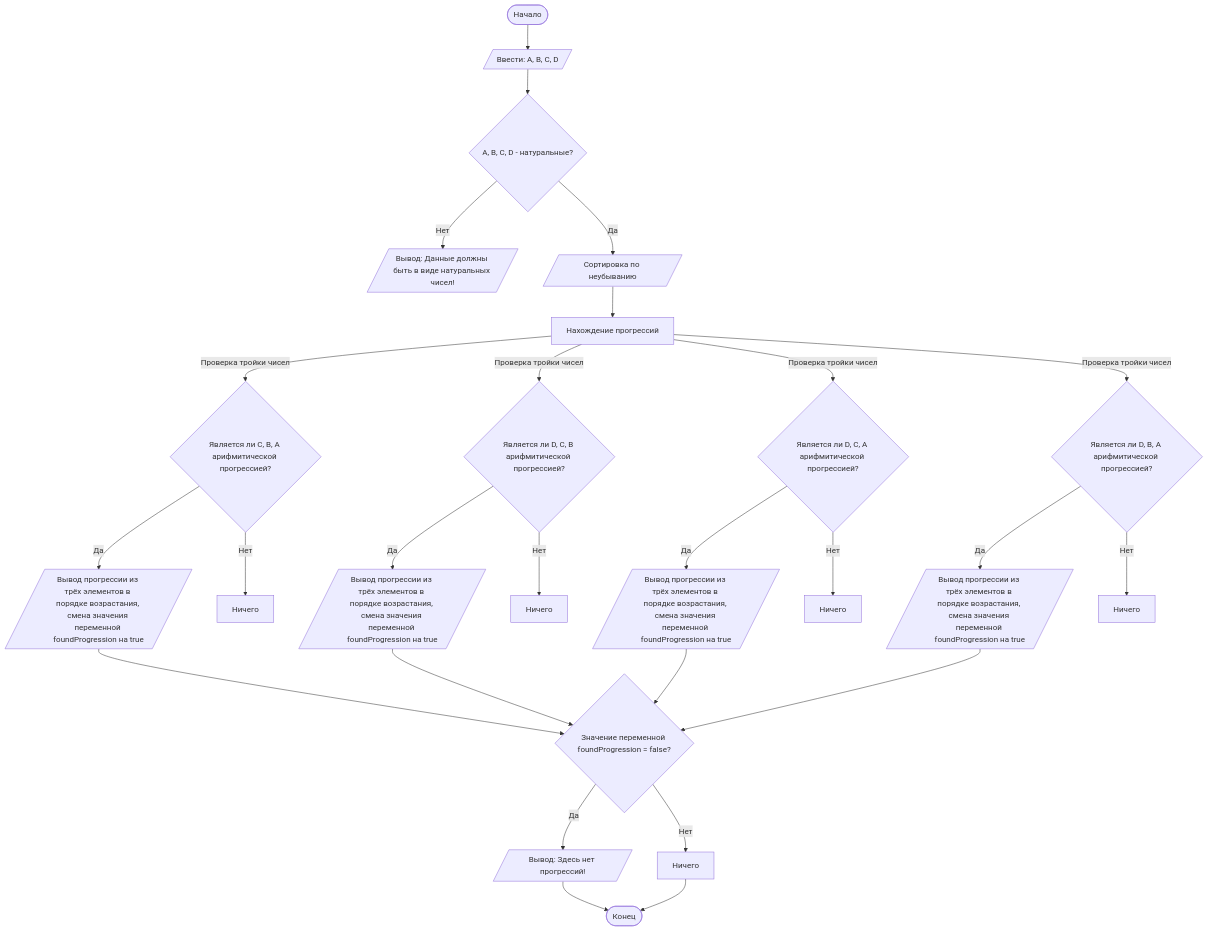
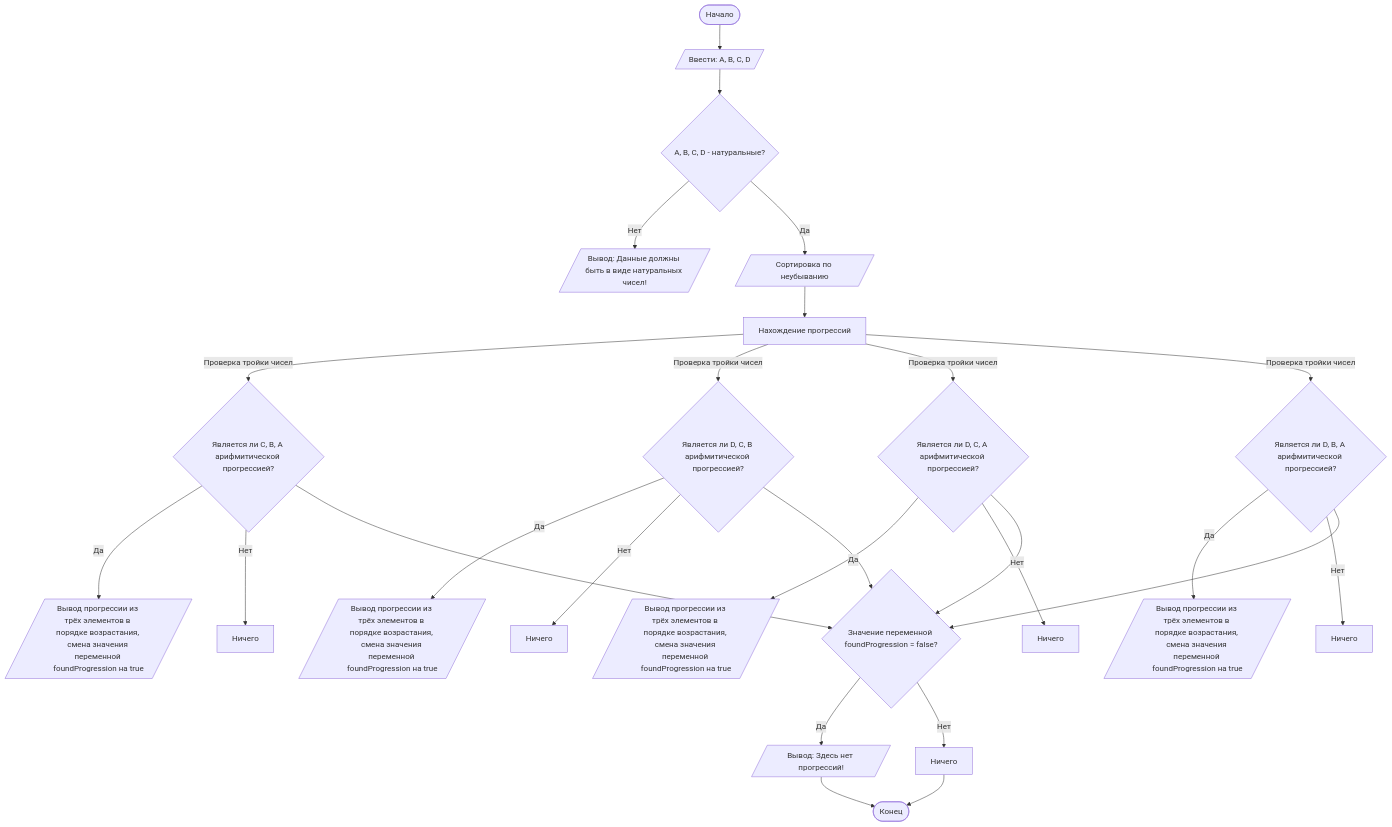
Before and after one commit to Matvey-Kh/Lab1: the diagram in README.md, drawn with Mermaid. The commit also changed other lines of this file, not shown here.

````diff
--- a/README.md
+++ b/README.md
@@ -97,27 +97,27 @@
 ```mermaid
 graph TD
     A([Начало]) --> B[/Ввести: A, B, C, D/]
     B --> C{A, B, C, D - натуральные?}
     C -- Нет --> D[/Вывод: Данные должны быть в виде натуральных чисел!/]
     C -- Да --> X[/Сортировка по неубыванию/]
     X --> L[Нахождение прогрессий]
     L -- Проверка тройки чисел --> H{Является ли C, B, A арифмитической прогрессией?}
     L -- Проверка тройки чисел --> I{Является ли D, C, B арифмитической прогрессией?}
     L -- Проверка тройки чисел --> J{Является ли D, C, A арифмитической прогрессией?}
     L -- Проверка тройки чисел --> K{Является ли D, B, A арифмитической прогрессией?}
     H -- Да --> M1[/Вывод прогрессии из трёх элементов в порядке возрастания, смена значения переменной foundProgression на true/]
     H -- Нет --> M2[Ничего]
     I -- Да --> M3[/Вывод прогрессии из трёх элементов в порядке возрастания, смена значения переменной foundProgression на true/]
     I -- Нет --> M4[Ничего]
     J -- Да --> M5[/Вывод прогрессии из трёх элементов в порядке возрастания, смена значения переменной foundProgression на true/]
     J -- Нет --> M6[Ничего]
     K -- Да --> M7[/Вывод прогрессии из трёх элементов в порядке возрастания, смена значения переменной foundProgression на true/]
     K -- Нет --> M8[Ничего]
-    M1 --> N{Значение переменной foundProgression = false?}
-    M3 --> N{Значение переменной foundProgression = false?}
-    M5 --> N{Значение переменной foundProgression = false?}
-    M7 --> N{Значение переменной foundProgression = false?}
+    H --> N{Значение переменной foundProgression = false?}
+    I --> N{Значение переменной foundProgression = false?}
+    J --> N{Значение переменной foundProgression = false?}
+    K --> N{Значение переменной foundProgression = false?}
     N -- Да --> O1[/Вывод: Здесь нет прогрессий!/] --> Z([Конец])
     N -- Нет --> O2[Ничего] --> Z([Конец])
 
 ```
````
